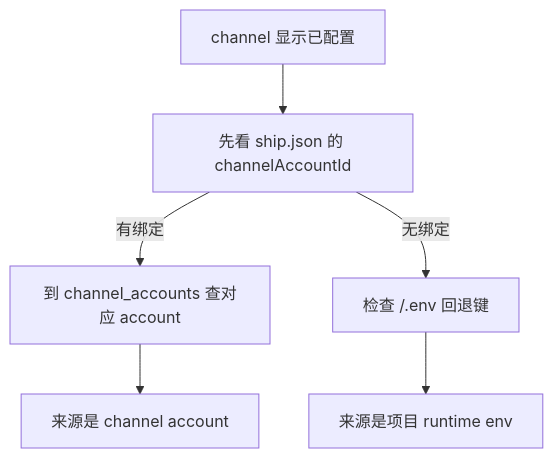
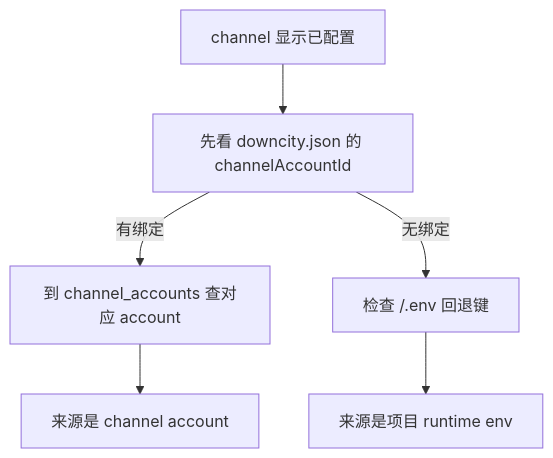
One commit to wangenius/downcity changed the second of 2 diagrams in homepage/content/docs/zh/configuration/environment-variables.mdx. Above: the diagram before and after it, drawn with Mermaid. The commit also changed other lines of this file and 240 other files, not shown here.

````diff
--- a/homepage/content/docs/zh/configuration/environment-variables.mdx
+++ b/homepage/content/docs/zh/configuration/environment-variables.mdx
@@ -111,8 +111,8 @@
 ```mermaid
 flowchart TD
-  A["channel 显示已配置"] --> B["先看 ship.json 的 channelAccountId"]
+  A["channel 显示已配置"] --> B["先看 downcity.json 的 channelAccountId"]
   B -->|有绑定| C["到 channel_accounts 查对应 account"]
   B -->|无绑定| D["检查 <agent>/.env 回退键"]
   C --> E["来源是 channel account"]
   D --> F["来源是项目 runtime env"]
 ```
````
